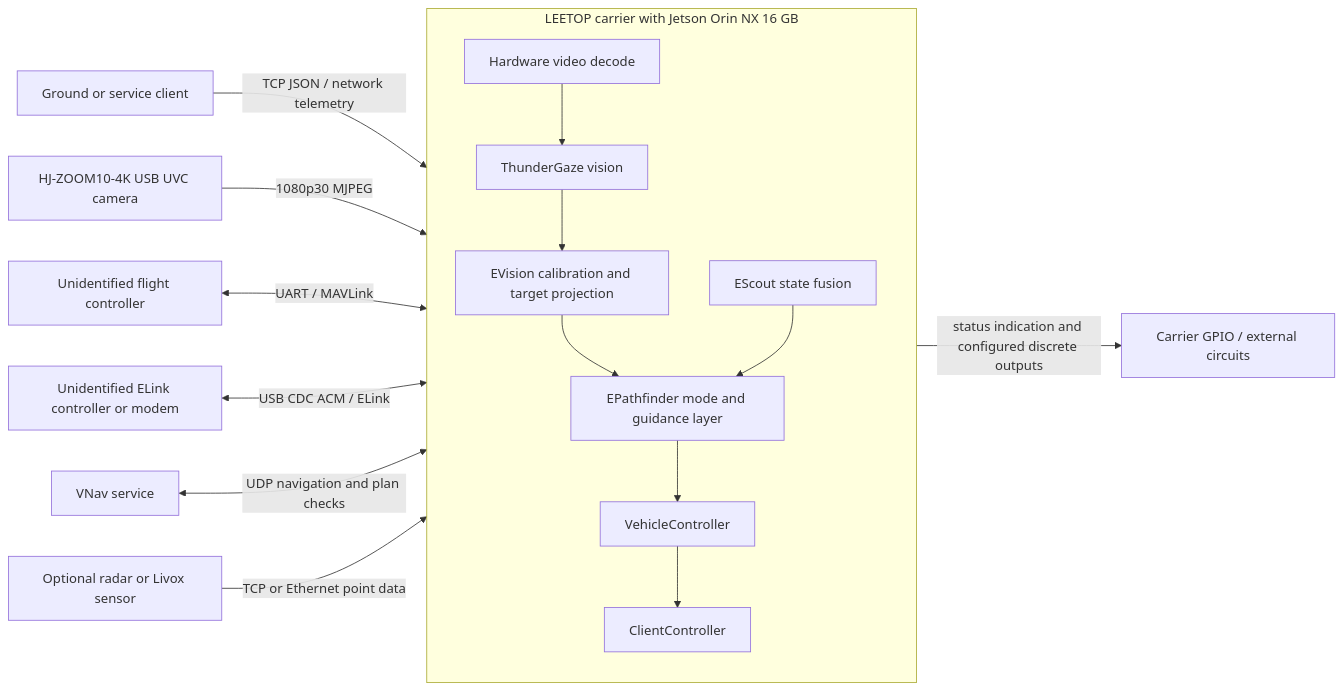
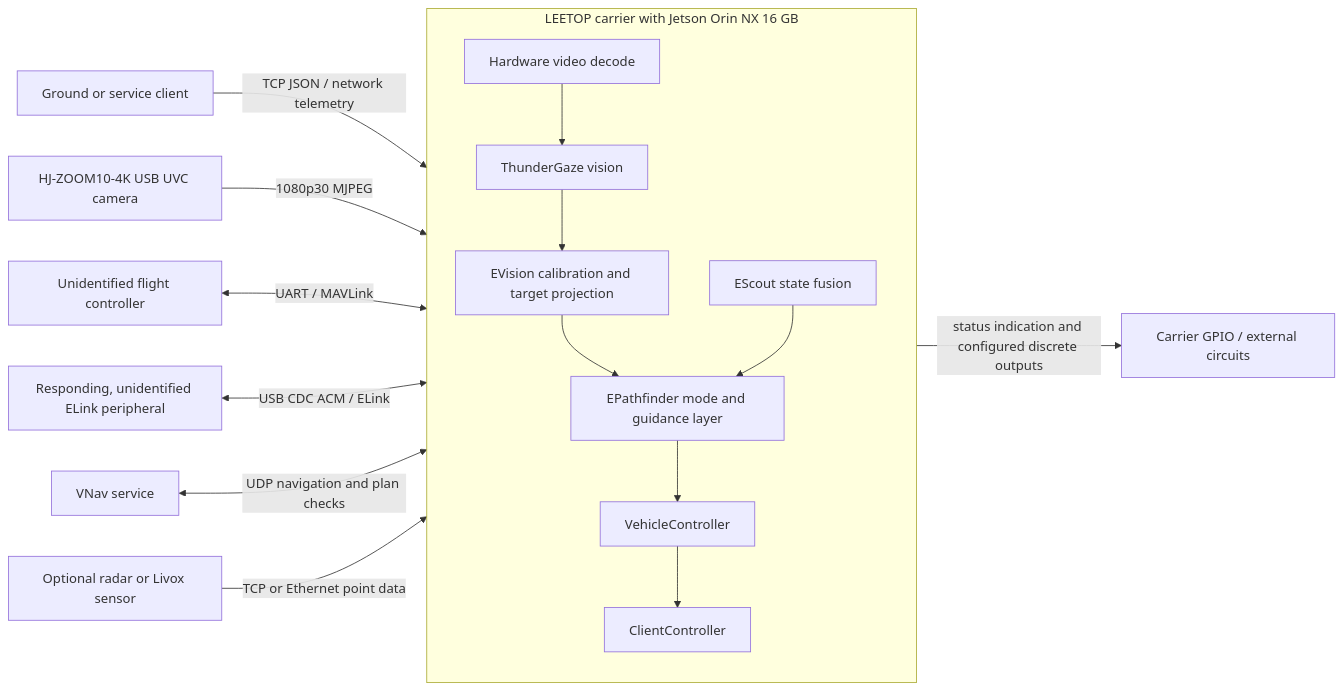
One commit to 19h/EPathfinder changed the diagram in README.md. Above: the diagram before and after it, drawn with Mermaid. The commit also changed other lines of this file and 3 other files, not shown here.

````diff
--- a/README.md
+++ b/README.md
@@ -83,23 +85,23 @@
 ```mermaid
 flowchart LR
     GCS[Ground or service client] -->|TCP JSON / network telemetry| J
     CAM[HJ-ZOOM10-4K USB UVC camera] -->|1080p30 MJPEG| J
     FC[Unidentified flight controller] <-->|UART / MAVLink| J
-    EL[Unidentified ELink controller or modem] <-->|USB CDC ACM / ELink| J
+    EL[Responding, unidentified ELink peripheral] <-->|USB CDC ACM / ELink| J
     VN[VNav service] <-->|UDP navigation and plan checks| J
     OPT[Optional radar or Livox sensor] -->|TCP or Ethernet point data| J
 
     subgraph J[LEETOP carrier with Jetson Orin NX 16 GB]
         DEC[Hardware video decode]
         TG[ThunderGaze vision]
         VIS[EVision calibration and target projection]
         SC[EScout state fusion]
         PF[EPathfinder mode and guidance layer]
         VC[VehicleController]
         CC[ClientController]
         DEC --> TG --> VIS --> PF
         SC --> PF --> VC --> CC
     end
 
     J -->|status indication and configured discrete outputs| IO[Carrier GPIO / external circuits]
 ```
````
